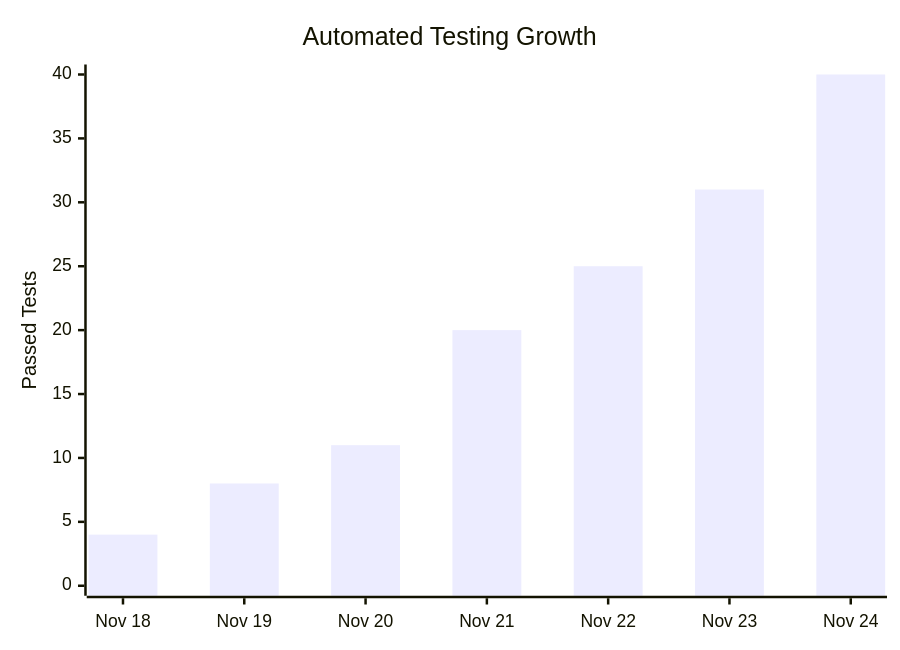
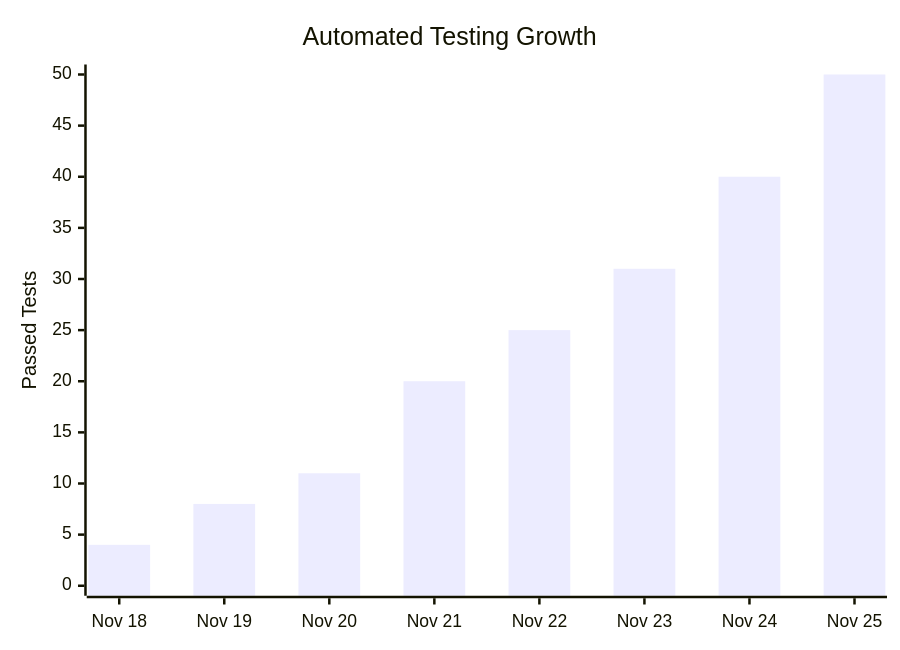
One commit to Moulya-k-m/MeshWeaver changed the second of 2 diagrams in README.md. Above: the diagram before and after it, drawn with Mermaid. The commit also changed other lines of this file, not shown here.

````diff
--- a/README.md
+++ b/README.md
@@ -687,7 +746,7 @@
 ```mermaid
 xychart-beta
     title "Automated Testing Growth"
-    x-axis ["Nov 18", "Nov 19", "Nov 20", "Nov 21", "Nov 22", "Nov 23", "Nov 24"]
-    y-axis "Passed Tests" 0 --> 40
-    bar [4, 8, 11, 20, 25, 31, 40]
+    x-axis ["Nov 18", "Nov 19", "Nov 20", "Nov 21", "Nov 22", "Nov 23", "Nov 24", "Nov 25"]
+    y-axis "Passed Tests" 0 --> 50
+    bar [4, 8, 11, 20, 25, 31, 40, 50]
 ```
````
